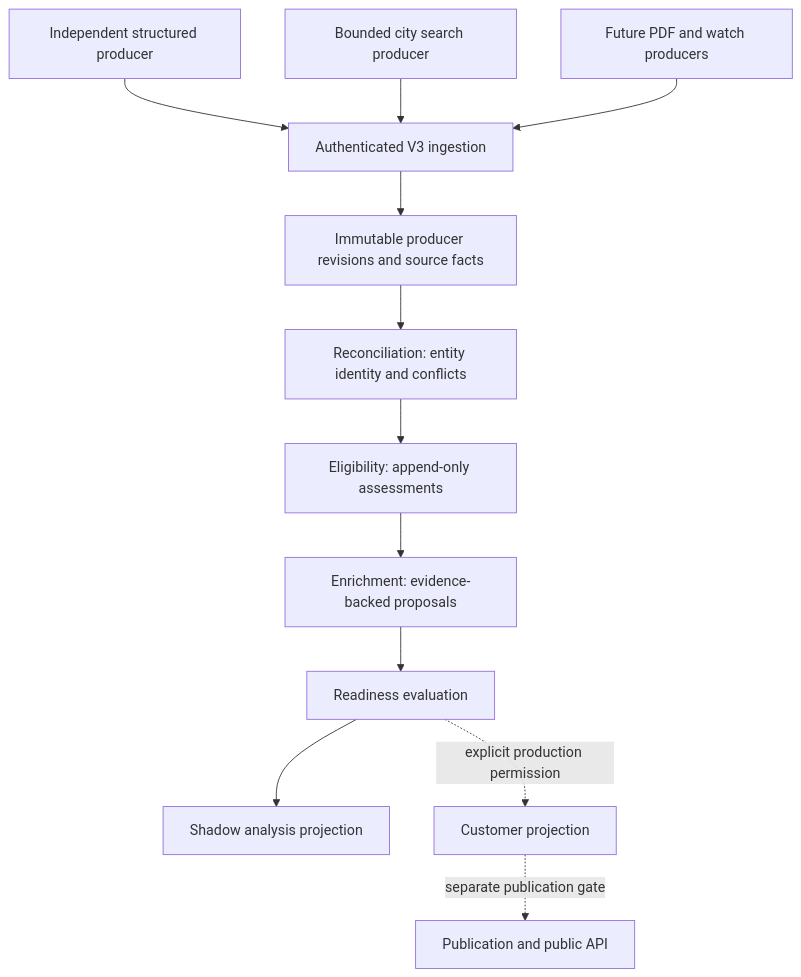
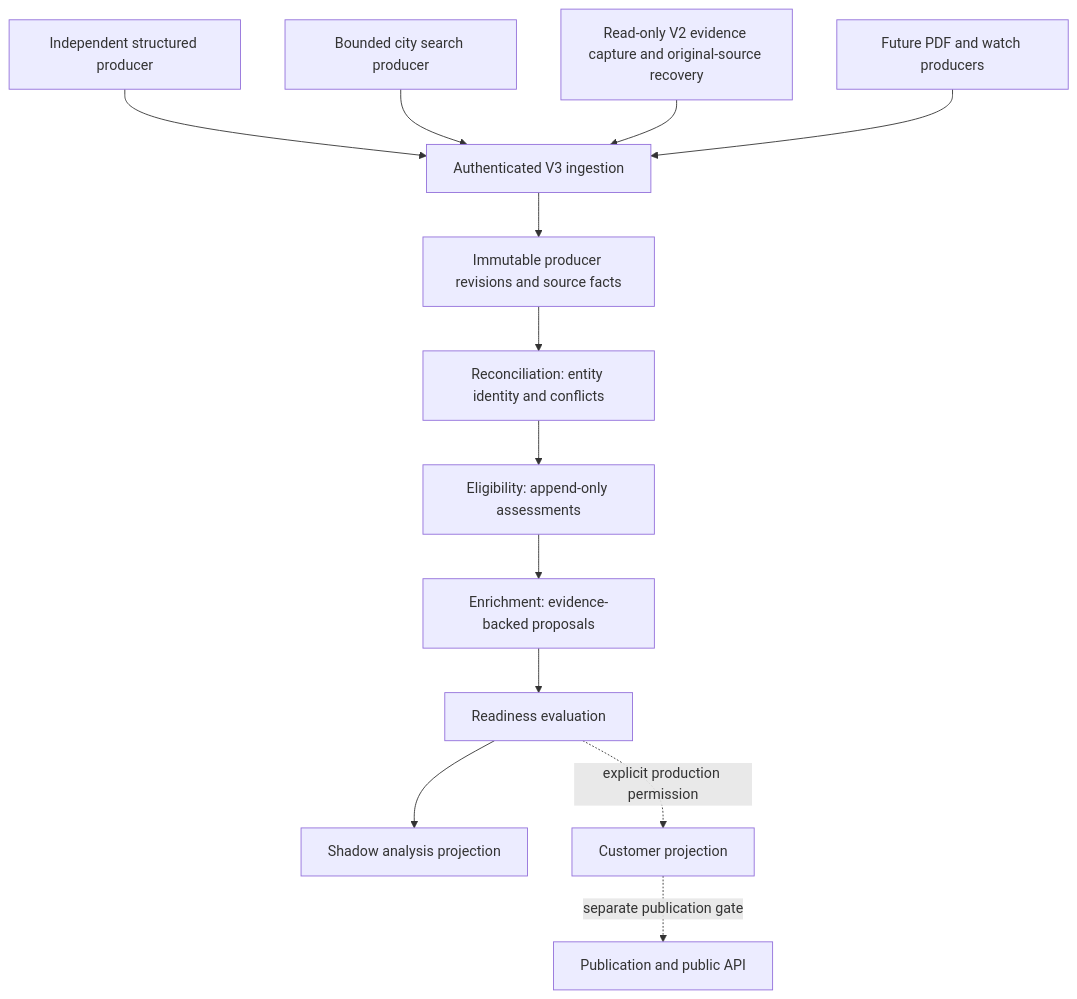
The diagram in docs/findpitches-v3-architecture.md (christucker-sketch/PitchListUK), drawn with Mermaid before and after one commit. The commit also changed other lines of this file and 56 other files, not shown here.

Commit message:
Recover V2 legacy source evidence in V3 shadow with Serper safeguards

````diff
--- a/docs/findpitches-v3-architecture.md
+++ b/docs/findpitches-v3-architecture.md
@@ -26,14 +26,15 @@
 ```mermaid
 flowchart TD
   S[Independent structured producer] --> I[Authenticated V3 ingestion]
   C[Bounded city search producer] --> I
+  L[Read-only V2 evidence capture and original-source recovery] --> I
   F[Future PDF and watch producers] --> I
   I --> E[Immutable producer revisions and source facts]
   E --> R[Reconciliation: entity identity and conflicts]
   R --> A[Eligibility: append-only assessments]
   A --> N[Enrichment: evidence-backed proposals]
   N --> D[Readiness evaluation]
   D --> H[Shadow analysis projection]
   D -. explicit production permission .-> P[Customer projection]
   P -. separate publication gate .-> U[Publication and public API]
 ```
````
